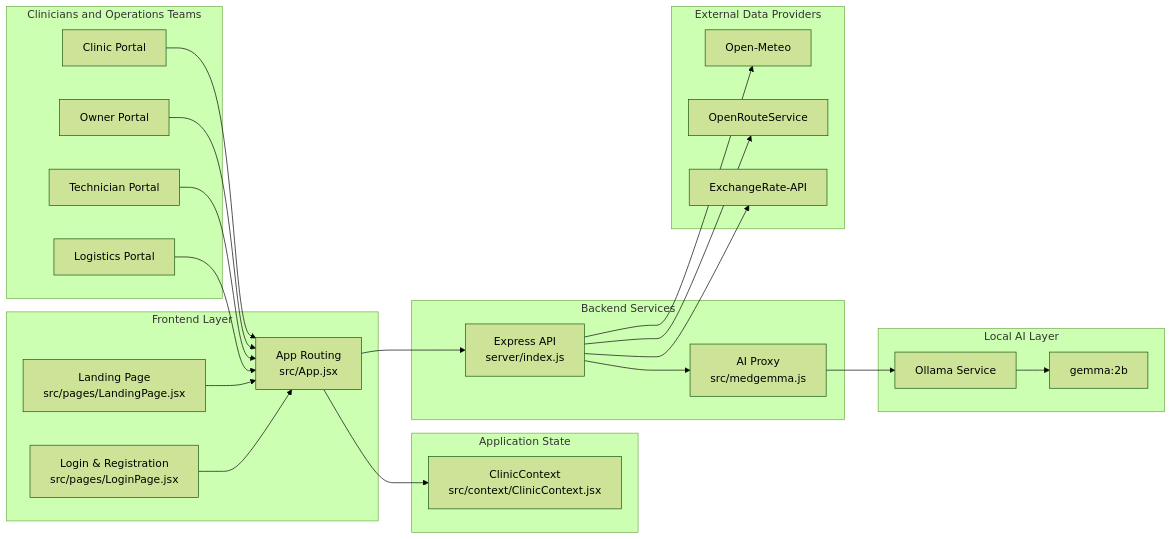
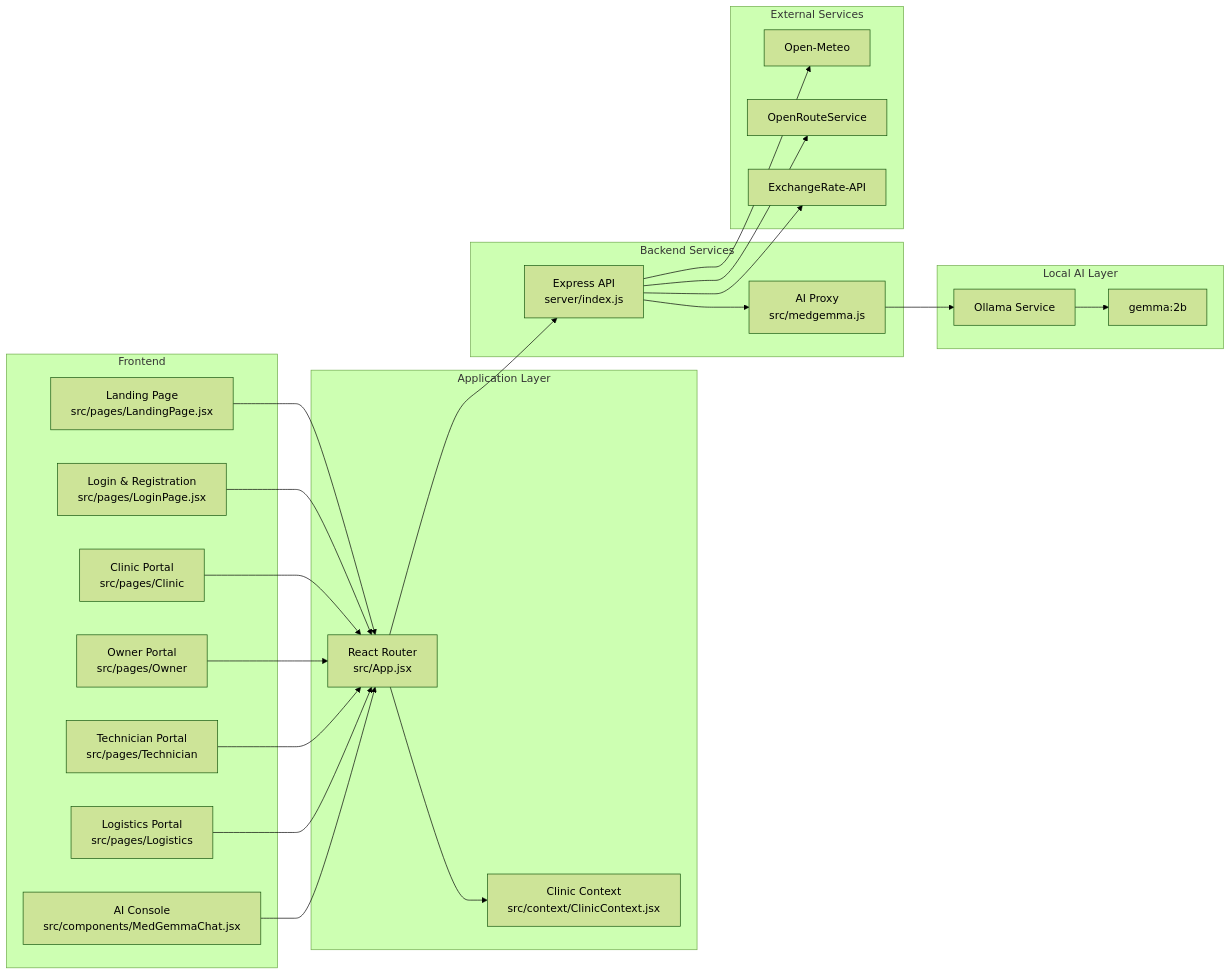
The first of 4 diagrams in README.md (Jasmine0987/ResourceRX), drawn with Mermaid (forest theme) before and after one commit. The commit also changed other lines of this file, not shown here.

Commit message:
Apply a polished product + engineering README with diagram-first architecture overview

````diff
--- a/README.md
+++ b/README.md
@@ -32,57 +45,62 @@
 ```mermaid
 flowchart LR
-    subgraph Users[Clinicians and Operations Teams]
-        Clinic[Clinic Portal]
-        Owner[Owner Portal]
-        Tech[Technician Portal]
-        Logistics[Logistics Portal]
+    subgraph Frontend[Frontend]
+        Landing[Landing Page\nsrc/pages/LandingPage.jsx]
+        Login[Login & Registration\nsrc/pages/LoginPage.jsx]
+        ClinicUI[Clinic Portal\nsrc/pages/Clinic]
+        OwnerUI[Owner Portal\nsrc/pages/Owner]
+        TechUI[Technician Portal\nsrc/pages/Technician]
+        LogisticsUI[Logistics Portal\nsrc/pages/Logistics]
+        AIChat[AI Console\nsrc/components/MedGemmaChat.jsx]
     end
 
-    subgraph Frontend[Frontend Layer]
-        Landing[Landing Page\nsrc/pages/LandingPage.jsx]
-        Login[Login & Registration\nsrc/pages/LoginPage.jsx]
-        Router[App Routing\nsrc/App.jsx]
-    end
-
-    subgraph State[Application State]
-        Context[ClinicContext\nsrc/context/ClinicContext.jsx]
+    subgraph App[Application Layer]
+        Router[React Router\nsrc/App.jsx]
+        Context[Clinic Context\nsrc/context/ClinicContext.jsx]
     end
 
     subgraph Backend[Backend Services]
         Server[Express API\nserver/index.js]
-        AI[AI Proxy\nsrc/medgemma.js]
+        AIProxy[AI Proxy\nsrc/medgemma.js]
     end
 
     subgraph LocalAI[Local AI Layer]
         Ollama[Ollama Service]
         Model[gemma:2b]
     end
 
-    subgraph External[External Data Providers]
+    subgraph External[External Services]
         Weather[Open-Meteo]
-        Routes[OpenRouteService]
+        Route[OpenRouteService]
         FX[ExchangeRate-API]
     end
 
-    Clinic --> Router
-    Owner --> Router
-    Tech --> Router
-    Logistics --> Router
     Landing --> Router
     Login --> Router
+    ClinicUI --> Router
+    OwnerUI --> Router
+    TechUI --> Router
+    LogisticsUI --> Router
+    AIChat --> Router
+
     Router --> Context
     Router --> Server
-    Server --> AI
-    AI --> Ollama
+    Server --> AIProxy
+    AIProxy --> Ollama
     Ollama --> Model
     Server --> Weather
-    Server --> Routes
+    Server --> Route
     Server --> FX
 
     click Landing "https://github.com/Jasmine0987/ResourceRX/blob/main/src/pages/LandingPage.jsx"
     click Login "https://github.com/Jasmine0987/ResourceRX/blob/main/src/pages/LoginPage.jsx"
+    click ClinicUI "https://github.com/Jasmine0987/ResourceRX/tree/main/src/pages/Clinic"
+    click OwnerUI "https://github.com/Jasmine0987/ResourceRX/tree/main/src/pages/Owner"
+    click TechUI "https://github.com/Jasmine0987/ResourceRX/tree/main/src/pages/Technician"
+    click LogisticsUI "https://github.com/Jasmine0987/ResourceRX/tree/main/src/pages/Logistics"
+    click AIChat "https://github.com/Jasmine0987/ResourceRX/blob/main/src/components/MedGemmaChat.jsx"
     click Router "https://github.com/Jasmine0987/ResourceRX/blob/main/src/App.jsx"
     click Context "https://github.com/Jasmine0987/ResourceRX/blob/main/src/context/ClinicContext.jsx"
     click Server "https://github.com/Jasmine0987/ResourceRX/blob/main/server/index.js"
-    click AI "https://github.com/Jasmine0987/ResourceRX/blob/main/src/medgemma.js"
+    click AIProxy "https://github.com/Jasmine0987/ResourceRX/blob/main/src/medgemma.js"
 ```
````
